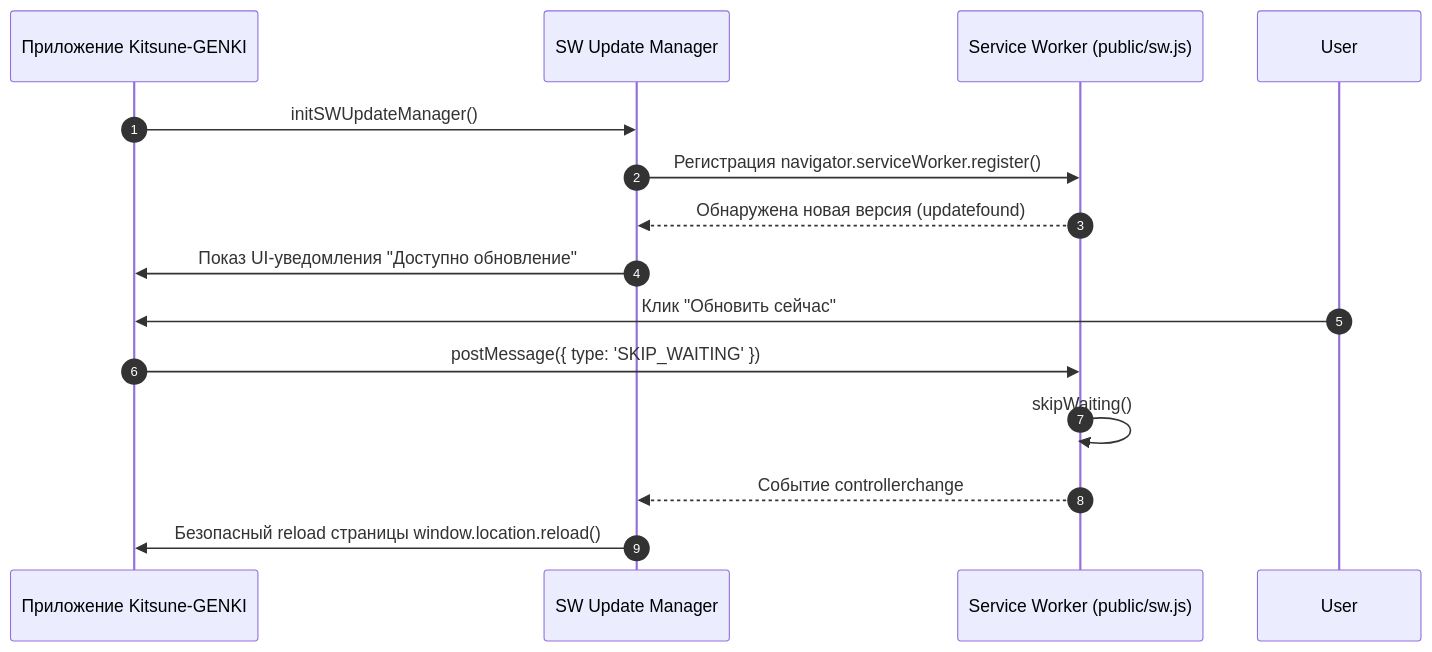
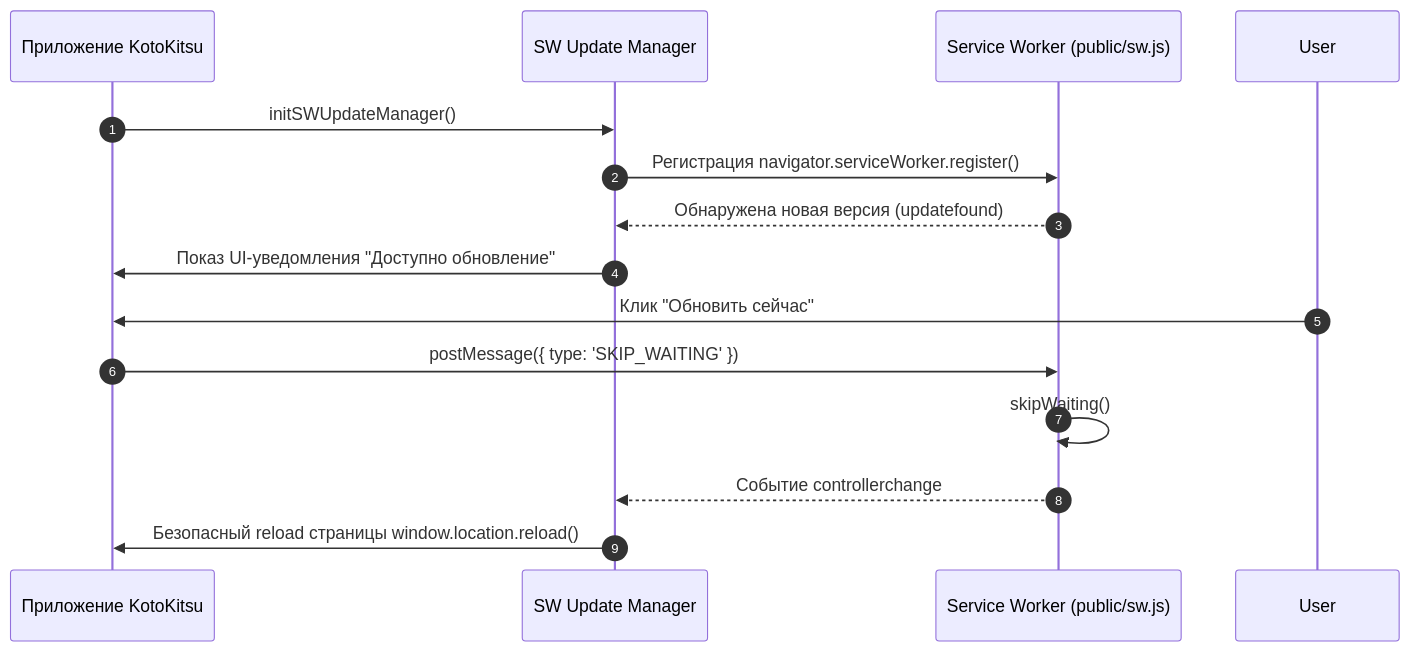
Before and after one commit to mootxed/Kitsune-GENKI: the diagram in docs/pwa/update-lifecycle.md, drawn with Mermaid. The commit also changed 778 other files, not shown here.

````diff
--- a/docs/pwa/update-lifecycle.md
+++ b/docs/pwa/update-lifecycle.md
@@ -9,17 +9,17 @@
 ```mermaid
 sequenceDiagram
     autonumber
-    participant App as Приложение Kitsune-GENKI
+    participant App as Приложение KotoKitsu
     participant Manager as SW Update Manager
     participant SW as Service Worker (public/sw.js)
 
     App->>Manager: initSWUpdateManager()
     Manager->>SW: Регистрация navigator.serviceWorker.register()
     SW-->>Manager: Обнаружена новая версия (updatefound)
     Manager->>App: Показ UI-уведомления "Доступно обновление"
     User->>App: Клик "Обновить сейчас"
     App->>SW: postMessage({ type: 'SKIP_WAITING' })
     SW->>SW: skipWaiting()
     SW-->>Manager: Событие controllerchange
     Manager->>App: Безопасный reload страницы window.location.reload()
 ```
````
